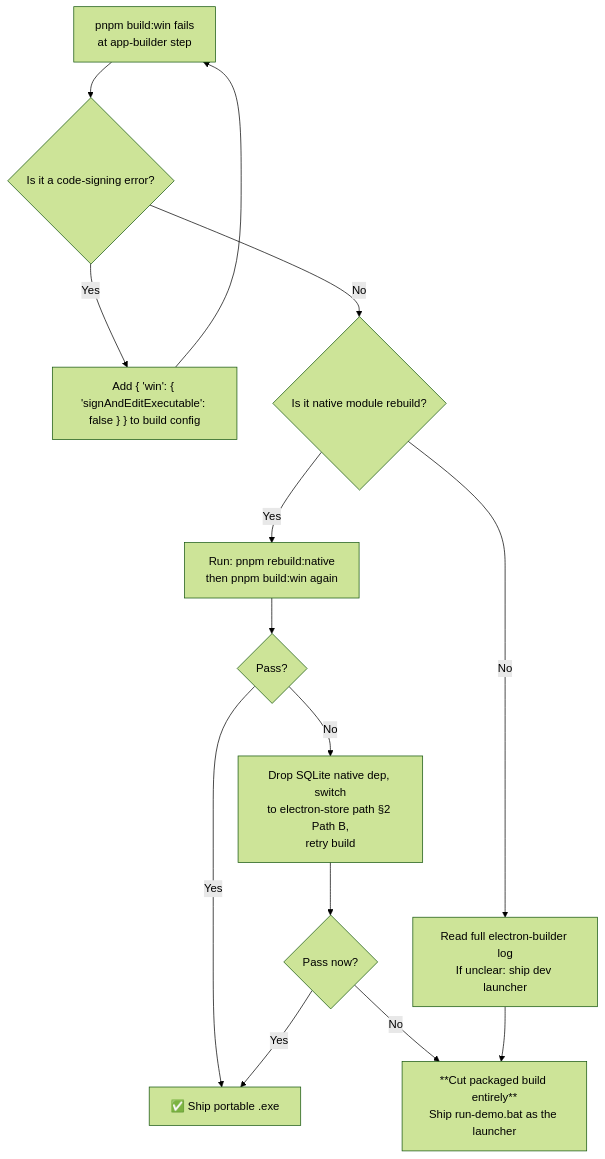
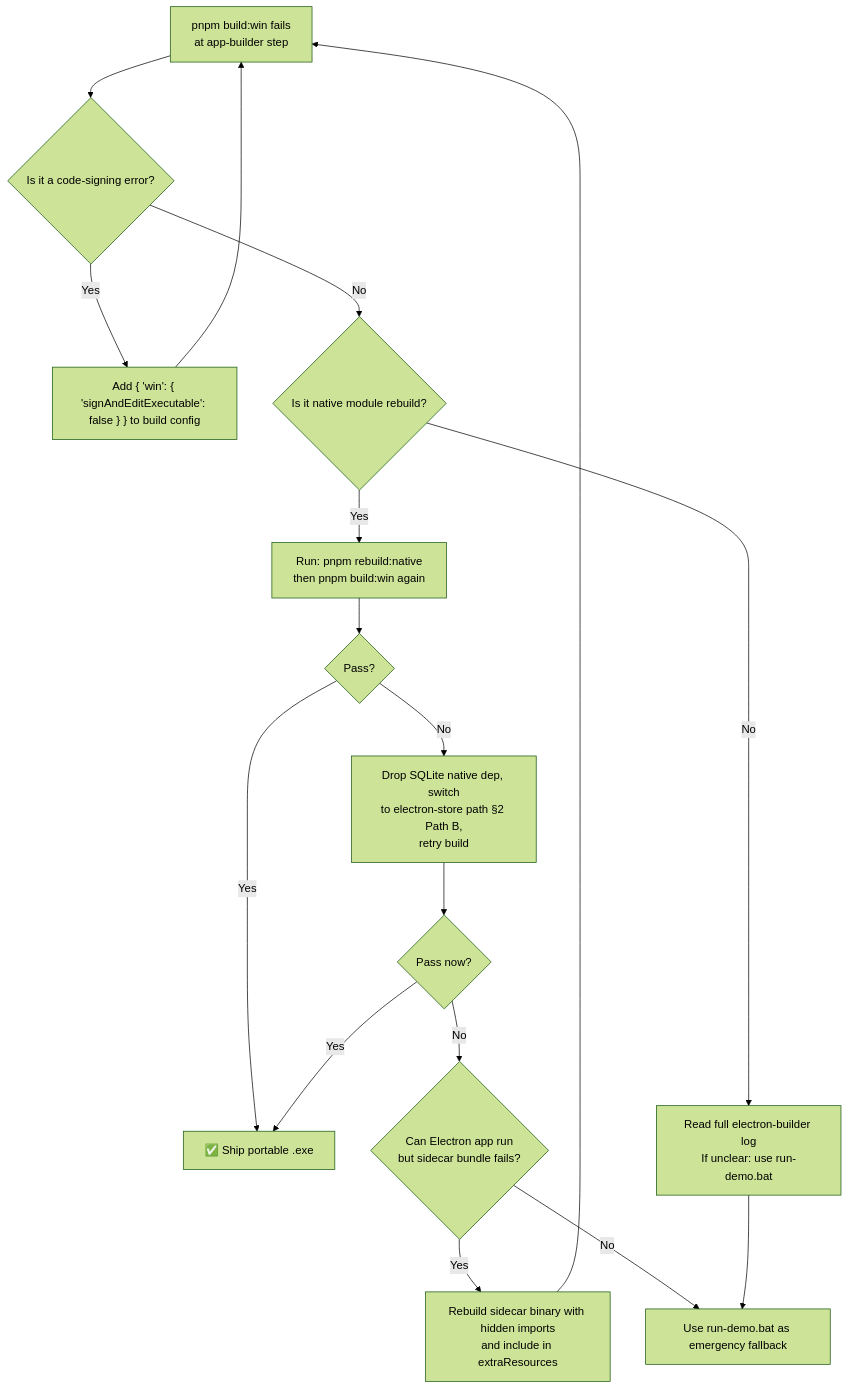
One commit to Devianss/CS-CAPSTONE changed the sixth of 10 diagrams in sprint/decision-tree.md. Above: the diagram before and after it, drawn with Mermaid (forest theme). The commit also changed other lines of this file and 26 other files, not shown here.

````diff
--- a/sprint/decision-tree.md
+++ b/sprint/decision-tree.md
@@ -124,16 +124,19 @@
 ```mermaid
 flowchart TD
     A[pnpm build:win fails<br/>at app-builder step] --> B{Is it a code-signing error?}
     B -- Yes --> B1["Add { 'win': { 'signAndEditExecutable': false } } to build config"]
     B1 --> A
     B -- No --> C{Is it native module rebuild?}
     C -- Yes --> C1[Run: pnpm rebuild:native<br/>then pnpm build:win again]
     C1 --> D{Pass?}
     D -- Yes --> E[✅ Ship portable .exe]
     D -- No --> F[Drop SQLite native dep, switch<br/>to electron-store path §2 Path B,<br/>retry build]
     F --> G{Pass now?}
     G -- Yes --> E
-    G -- No --> H[**Cut packaged build entirely**<br/>Ship run-demo.bat as the launcher]
-    C -- No --> I[Read full electron-builder log<br/>If unclear: ship dev launcher]
-    I --> H
+    G -- No --> H{Can Electron app run<br/>but sidecar bundle fails?}
+    H -- Yes --> H1[Rebuild sidecar binary with hidden imports<br/>and include in extraResources]
+    H1 --> A
+    H -- No --> H2[Use run-demo.bat as emergency fallback]
+    C -- No --> I[Read full electron-builder log<br/>If unclear: use run-demo.bat]
+    I --> H2
 ```
````
